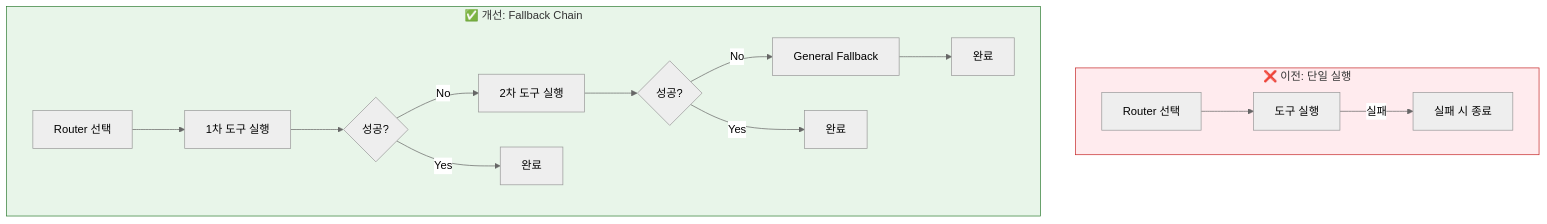
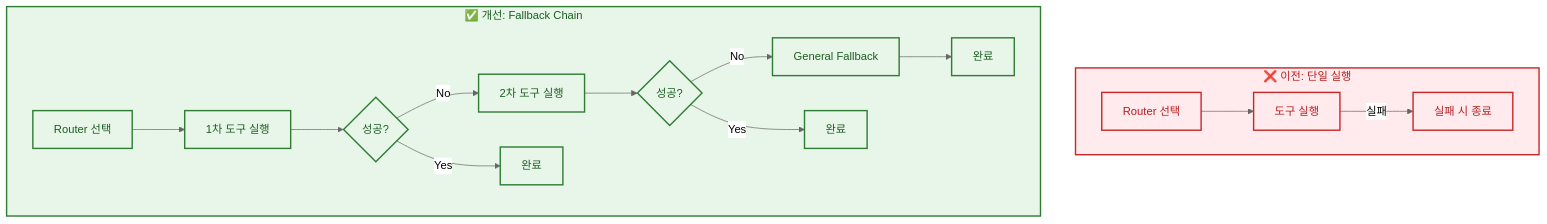
The second of 6 diagrams in docs/PPT/05_이슈_및_인사이트.md (AIBootcamp14/langchainproject-new-langchainproject_5), drawn with Mermaid (neutral theme) before and after one commit. The commit also changed other lines of this file and 5 other files, not shown here.

First line of the commit message:
style(docs): PPT 문서에 mermaid 스타일 가이드 적용

````diff
--- a/docs/PPT/05_이슈_및_인사이트.md
+++ b/docs/PPT/05_이슈_및_인사이트.md
@@ -85,32 +85,47 @@
 ```mermaid
 graph TB
     subgraph Before["❌ 이전: 단일 실행"]
         B1[Router 선택]
         B2[도구 실행]
         B3[실패 시 종료]
 
         B1 --> B2
         B2 -->|실패| B3
     end
 
     subgraph After["✅ 개선: Fallback Chain"]
         A1[Router 선택]
         A2[1차 도구 실행]
         A3{성공?}
         A4[2차 도구 실행]
         A5{성공?}
         A6[General Fallback]
 
         A1 --> A2
         A2 --> A3
         A3 -->|No| A4
         A3 -->|Yes| END1[완료]
         A4 --> A5
         A5 -->|No| A6
         A5 -->|Yes| END2[완료]
         A6 --> END3[완료]
     end
 
-    style Before fill:#ffebee,stroke:#c62828
-    style After fill:#e8f5e9,stroke:#2e7d32
+    style Before fill:#ffebee,stroke:#c62828,stroke-width:2px,color:#b71c1c
+    style After fill:#e8f5e9,stroke:#2e7d32,stroke-width:2px,color:#1b5e20
+
+    style B1 fill:#ffebee,stroke:#c62828,stroke-width:2px,color:#b71c1c
+    style B2 fill:#ffebee,stroke:#c62828,stroke-width:2px,color:#b71c1c
+    style B3 fill:#ffebee,stroke:#c62828,stroke-width:2px,color:#b71c1c
+
+    style A1 fill:#e8f5e9,stroke:#2e7d32,stroke-width:2px,color:#1b5e20
+    style A2 fill:#e8f5e9,stroke:#2e7d32,stroke-width:2px,color:#1b5e20
+    style A3 fill:#e8f5e9,stroke:#2e7d32,stroke-width:2px,color:#1b5e20
+    style A4 fill:#e8f5e9,stroke:#2e7d32,stroke-width:2px,color:#1b5e20
+    style A5 fill:#e8f5e9,stroke:#2e7d32,stroke-width:2px,color:#1b5e20
+    style A6 fill:#e8f5e9,stroke:#2e7d32,stroke-width:2px,color:#1b5e20
+
+    style END1 fill:#e8f5e9,stroke:#2e7d32,stroke-width:2px,color:#1b5e20
+    style END2 fill:#e8f5e9,stroke:#2e7d32,stroke-width:2px,color:#1b5e20
+    style END3 fill:#e8f5e9,stroke:#2e7d32,stroke-width:2px,color:#1b5e20
 ```
````
